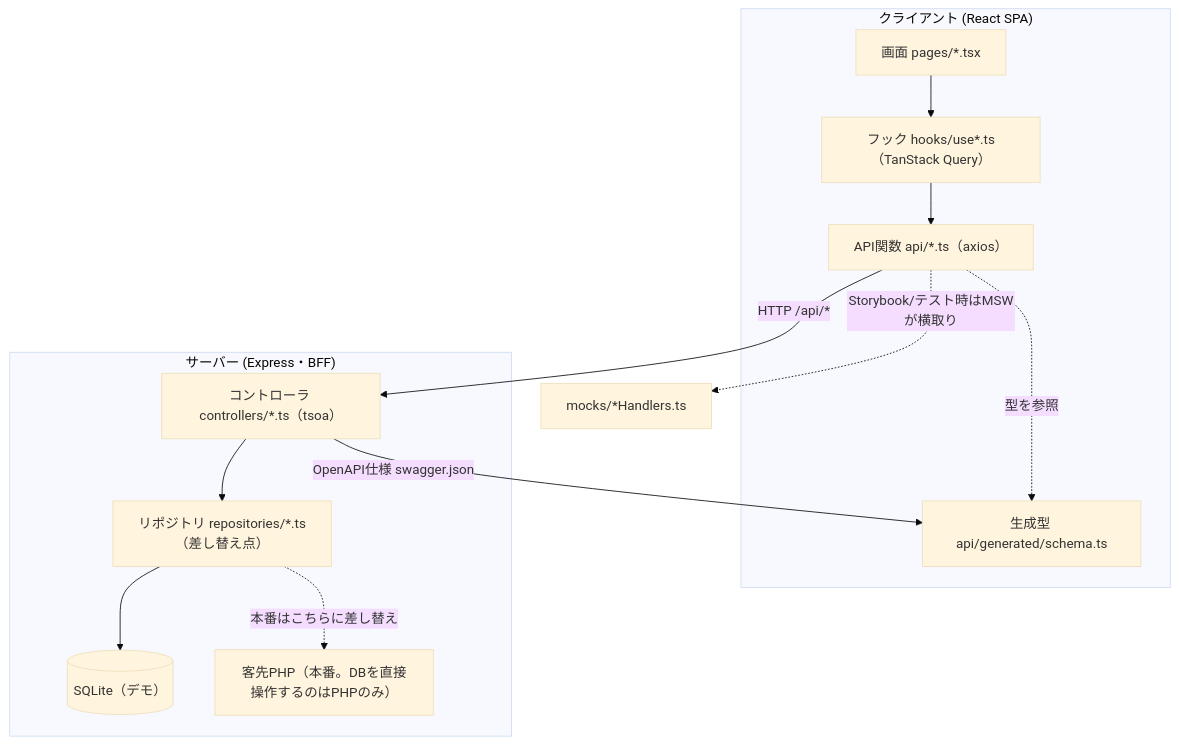
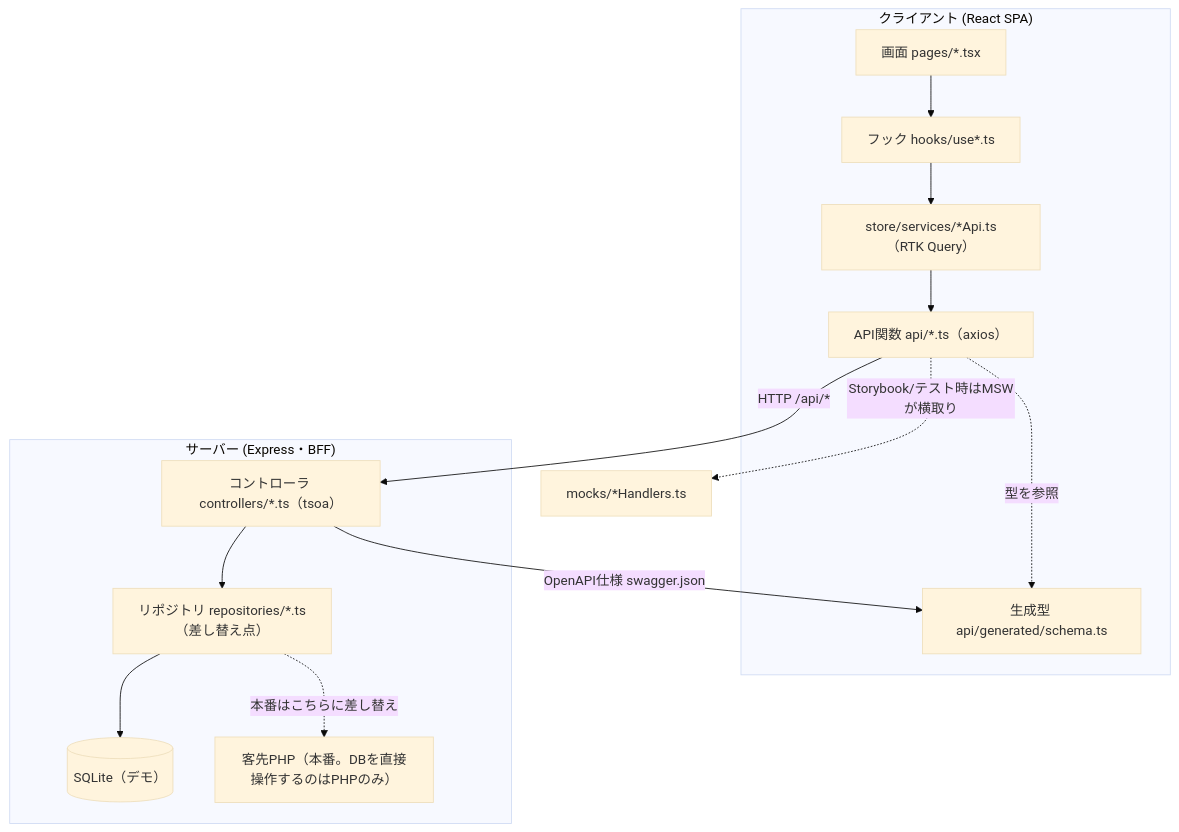
Before and after one commit to katsya1117/dmt: the diagram in docs/design/07_アプリケーション方式設計書.md, drawn with Mermaid (base theme). The commit also changed other lines of this file and 24 other files, not shown here.

````diff
--- a/docs/design/07_アプリケーション方式設計書.md
+++ b/docs/design/07_アプリケーション方式設計書.md
@@ -19,25 +19,26 @@
 ```mermaid
 flowchart TB
   subgraph client["クライアント (React SPA)"]
     Page["画面 pages/*.tsx"]
-    Hook["フック hooks/use*.ts（TanStack Query）"]
+    Hook["フック hooks/use*.ts"]
+    RtkApi["store/services/*Api.ts（RTK Query）"]
     Api["API関数 api/*.ts（axios）"]
     Schema["生成型 api/generated/schema.ts"]
-    Page --> Hook --> Api
+    Page --> Hook --> RtkApi --> Api
     Api -. 型を参照 .-> Schema
   end
 
   subgraph server["サーバー (Express・BFF)"]
     Ctrl["コントローラ controllers/*.ts（tsoa）"]
     Repo["リポジトリ repositories/*.ts（差し替え点）"]
     SQLite[("SQLite（デモ）")]
     PHP["客先PHP（本番。DBを直接操作するのはPHPのみ）"]
     Ctrl --> Repo
     Repo --> SQLite
     Repo -.->|"本番はこちらに差し替え"| PHP
   end
 
   Api -->|"HTTP /api/*"| Ctrl
   Ctrl -->|"OpenAPI仕様 swagger.json"| Schema
   Api -. "Storybook/テスト時はMSWが横取り" .-> MSW["mocks/*Handlers.ts"]
 ```
````
